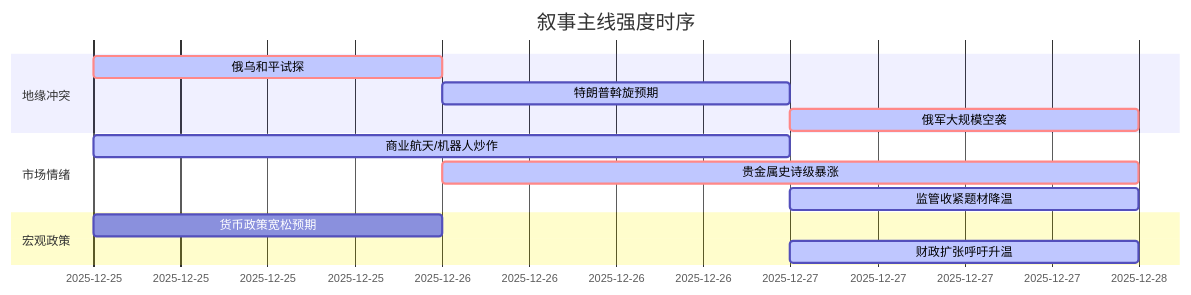
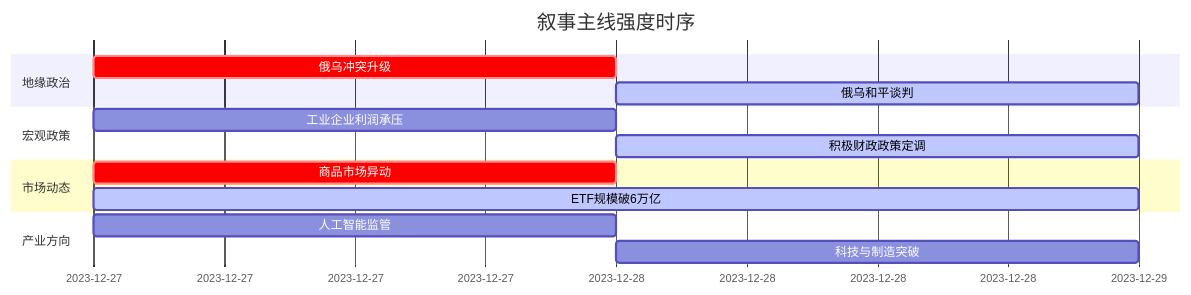
The diagram in README.md (uu5zn/uu5zn.github.io), drawn with Mermaid before and after one commit. The commit also changed other lines of this file and 16 other files, not shown here.

````diff
--- a/README.md
+++ b/README.md
@@ -79,18 +56,20 @@
 ```mermaid
 gantt
     title 叙事主线强度时序
     dateFormat  YYYY-MM-DD
-    section 地缘冲突
-    俄乌和平试探   :crit, active, 2025-12-25, 1d
-    特朗普斡旋预期   :active, 2025-12-26, 1d
-    俄军大规模空袭   :crit, active, 2025-12-27, 1d
-    
-    section 市场情绪
-    商业航天/机器人炒作   :active, 2025-12-25, 2d
-    贵金属史诗级暴涨   :crit, active, 2025-12-26, 2d
-    监管收紧题材降温   :active, 2025-12-27, 1d
+    section 地缘政治
+    俄乌冲突升级   :crit, 2023-12-27, 1d
+    俄乌和平谈判   :active, 2023-12-28, 2023-12-29
     
     section 宏观政策
-    货币政策宽松预期   :2025-12-25, 1d
-    财政扩张呼吁升温   :active, 2025-12-27, 1d
+    工业企业利润承压   :2023-12-27, 2023-12-28
+    积极财政政策定调   :active, 2023-12-28, 2023-12-29
+    
+    section 市场动态
+    商品市场异动   :crit, 2023-12-27, 2023-12-28
+    ETF规模破6万亿   :active, 2023-12-27, 2023-12-29
+    
+    section 产业方向
+    人工智能监管   :2023-12-27, 1d
+    科技与制造突破   :2023-12-28, 2023-12-29
 ```
````
